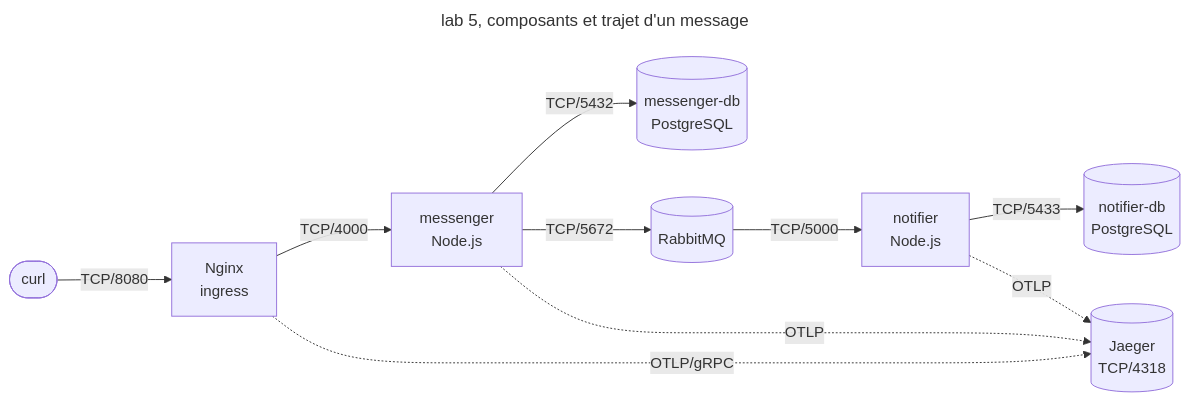
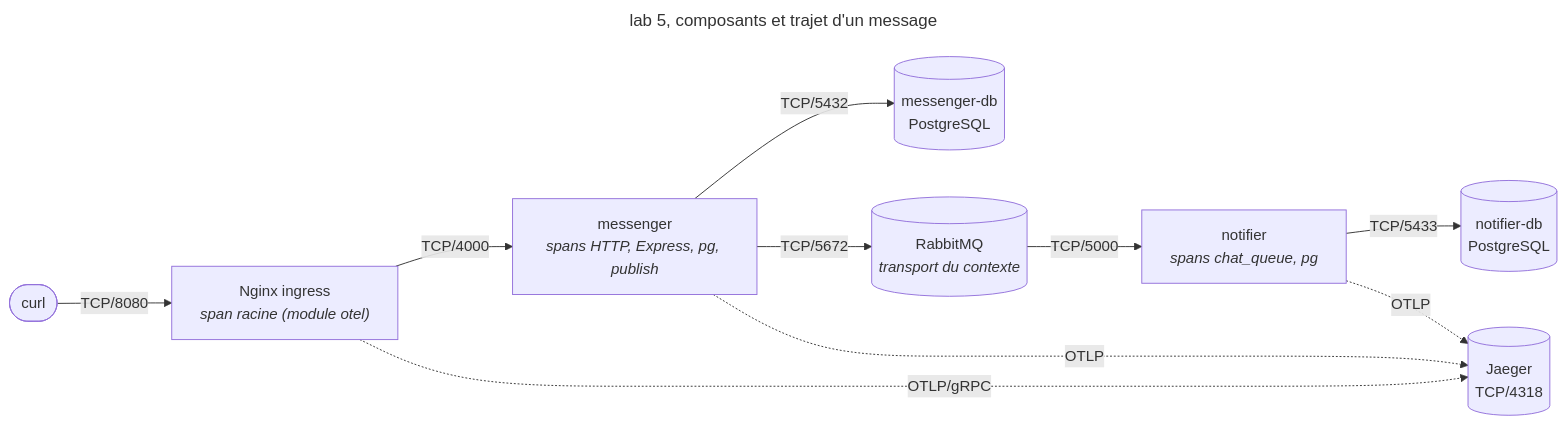
The diagram in Lab_05_NodeJS_Nginx.md (pragmatic-fermat/opentelemetry-labs), drawn with Mermaid before and after one commit. The commit also changed other lines of this file and 1 other file, not shown here.

````diff
--- a/Lab_05_NodeJS_Nginx.md
+++ b/Lab_05_NodeJS_Nginx.md
@@ -65,15 +65,15 @@
 ```mermaid
 ---
 title: lab 5, composants et trajet d'un message
 ---
 flowchart LR
-  C([curl]) -->|TCP/8080| NG["Nginx<br/>ingress"]
-  NG -->|TCP/4000| MS["messenger<br/>Node.js"]
+  C([curl]) -->|TCP/8080| NG["Nginx ingress<br/><i>span racine (module otel)</i>"]
+  NG -->|TCP/4000| MS["messenger<br/><i>spans HTTP, Express, pg, publish</i>"]
   MS -->|TCP/5432| DB1[(messenger-db<br/>PostgreSQL)]
-  MS -->|TCP/5672| MQ[(RabbitMQ)]
-  MQ -->|TCP/5000| NO["notifier<br/>Node.js"]
+  MS -->|TCP/5672| MQ[(RabbitMQ<br/><i>transport du contexte</i>)]
+  MQ -->|TCP/5000| NO["notifier<br/><i>spans chat_queue, pg</i>"]
   NO -->|TCP/5433| DB2[(notifier-db<br/>PostgreSQL)]
   MS -.->|OTLP| JA[(Jaeger<br/>TCP/4318)]
   NO -.->|OTLP| JA
   NG -.->|OTLP/gRPC| JA
 ```
````
